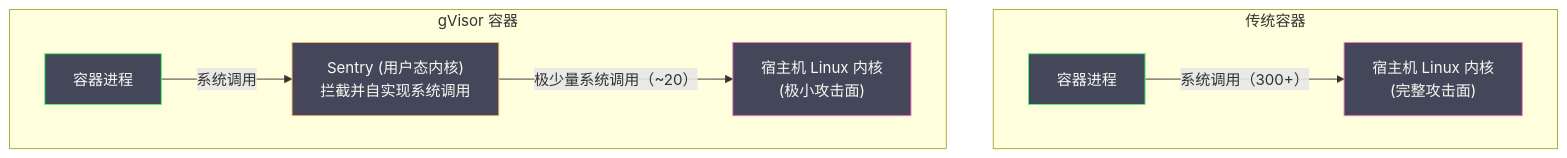
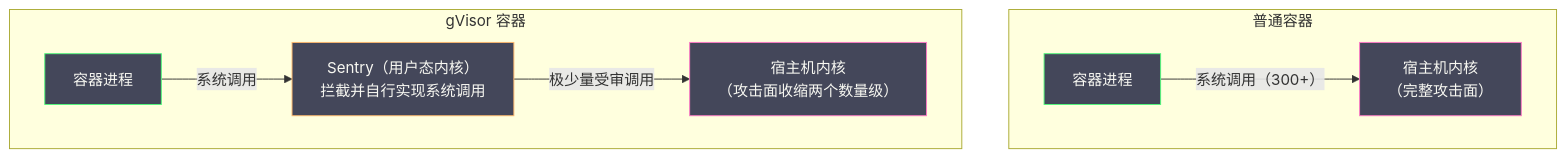
One commit to hpliStartAgain/my-brain changed the second of 2 diagrams in content/云原生/Docker/06 容器安全边界与逃逸风险.md. Above: the diagram before and after it, drawn with Mermaid. The commit also changed other lines of this file and 47 other files, not shown here.

````diff
--- a/content/云原生/Docker/06 容器安全边界与逃逸风险.md
+++ b/content/云原生/Docker/06 容器安全边界与逃逸风险.md
@@ -395,20 +351,20 @@
 ```mermaid
 %%{init: {'theme': 'dracula'}}%%
 graph TD
-    subgraph "传统容器"
-        APP1["容器进程"] -->|"系统调用（300+）"| KERNEL1["宿主机 Linux 内核</br>(完整攻击面)"]
+    subgraph "普通容器"
+        APP1["容器进程"] -->|"系统调用（300+）"| K1["宿主机内核<br>（完整攻击面）"]
     end
 
     subgraph "gVisor 容器"
-        APP2["容器进程"] -->|"系统调用"| SENTRY["Sentry (用户态内核)</br>拦截并自实现系统调用"]
-        SENTRY -->|"极少量系统调用（~20）"| KERNEL2["宿主机 Linux 内核</br>(极小攻击面)"]
+        APP2["容器进程"] -->|"系统调用"| SENTRY["Sentry（用户态内核）<br>拦截并自行实现系统调用"]
+        SENTRY -->|"极少量受审调用"| K2["宿主机内核<br>（攻击面收缩两个数量级）"]
     end
 
     classDef app fill:#44475a,stroke:#50fa7b,color:#f8f8f2
     classDef sentry fill:#44475a,stroke:#ffb86c,color:#f8f8f2
     classDef kernel fill:#44475a,stroke:#ff79c6,color:#f8f8f2
 
     class APP1,APP2 app
     class SENTRY sentry
-    class KERNEL1,KERNEL2 kernel
+    class K1,K2 kernel
 ```
````
